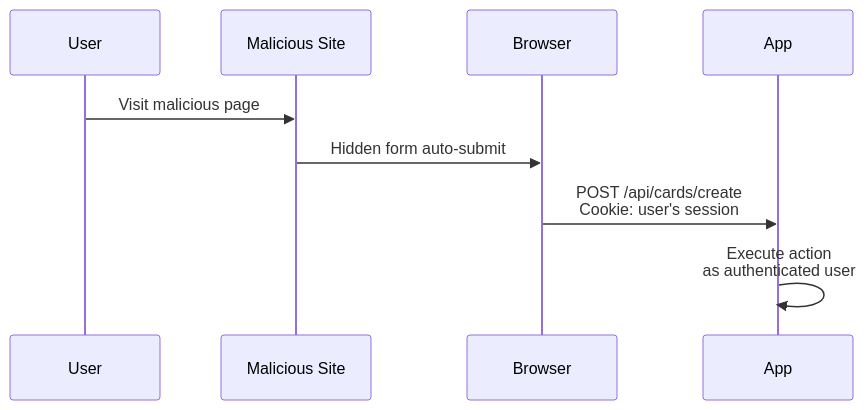
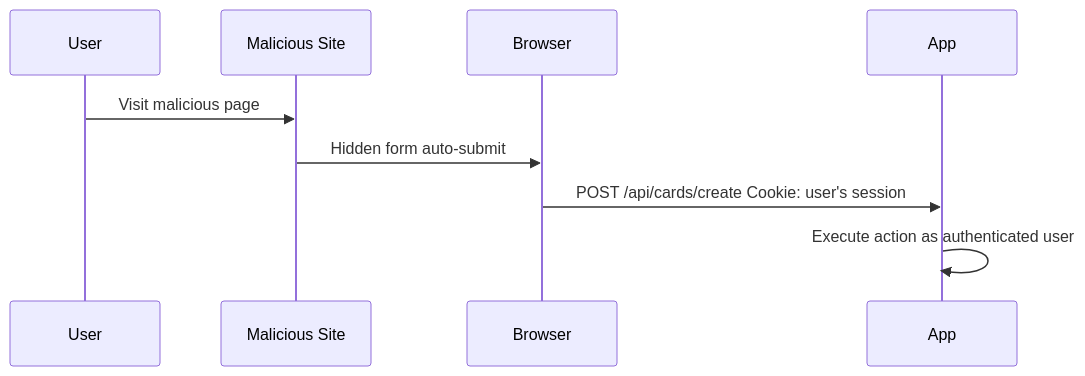
Diagram 12 of 18 in README.md (PKPL-Pusing-Kurang-Paham-Lurr/tk-2), drawn with Mermaid before and after one commit. The commit also changed other lines of this file, not shown here.

````diff
--- a/README.md
+++ b/README.md
@@ -619,12 +618,12 @@
 ```mermaid
 sequenceDiagram
     participant U as User
     participant M as Malicious Site
     participant B as Browser
     participant A as App
 
     U->>M: Visit malicious page
     M->>B: Hidden form auto-submit
-    B->>A: POST /api/cards/create<br/>Cookie: user's session
-    A->>A: Execute action<br/>as authenticated user
+    B->>A: POST /api/cards/create Cookie: user's session
+    A->>A: Execute action as authenticated user
 ```
````
